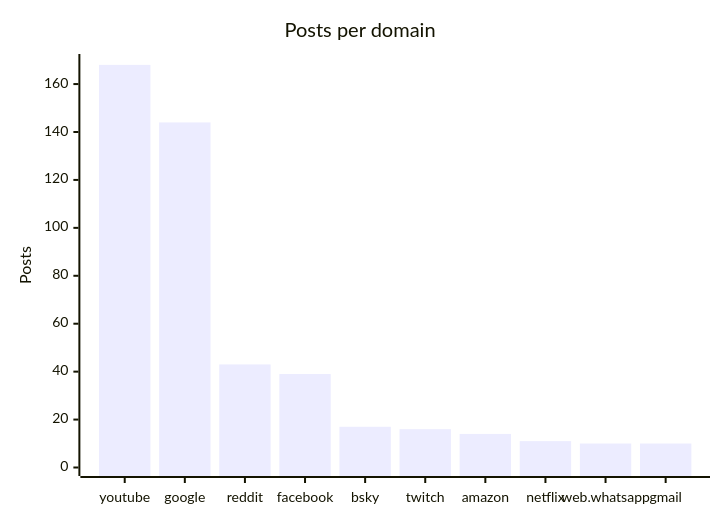
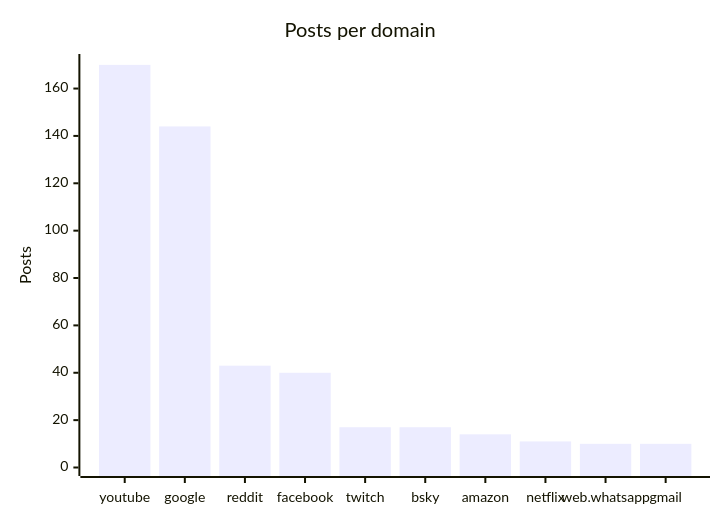
Before and after one commit to martinbalfanz/social-scanner-reports: the fourth of 4 diagrams in README.md, drawn with Mermaid. The commit also changed other lines of this file and 4 other files, not shown here.

````diff
--- a/README.md
+++ b/README.md
@@ -58,7 +58,7 @@
 ```mermaid
 xychart-beta
     title "Posts per domain"
-    x-axis ["youtube", "google", "reddit", "facebook", "bsky", "twitch", "amazon", "netflix", "web.whatsapp", "gmail"]
-    y-axis "Posts" 0 --> 169
-    bar [168, 144, 43, 39, 17, 16, 14, 11, 10, 10]
+    x-axis ["youtube", "google", "reddit", "facebook", "twitch", "bsky", "amazon", "netflix", "web.whatsapp", "gmail"]
+    y-axis "Posts" 0 --> 171
+    bar [170, 144, 43, 40, 17, 17, 14, 11, 10, 10]
 ```
````
